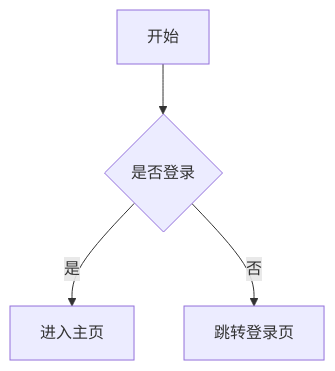
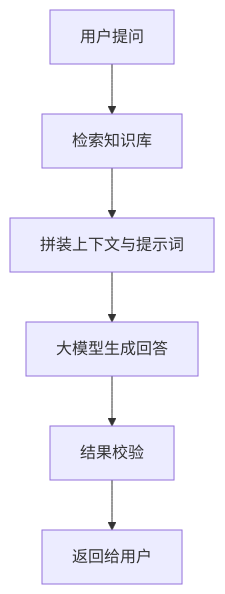
The first of 2 diagrams in 环境准备篇/06-其他实用工具.md (AlanAkillove/VibeAnything), drawn with Mermaid before and after one commit. The commit also changed other lines of this file and 4 other files, not shown here.

````diff
--- a/环境准备篇/06-其他实用工具.md
+++ b/环境准备篇/06-其他实用工具.md
@@ -81,6 +116,8 @@
 ```mermaid
 graph TD
-    A[开始] --> B{是否登录}
-    B -->|是| C[进入主页]
-    B -->|否| D[跳转登录页]
+    A[用户提问] --> B[检索知识库]
+    B --> C[拼装上下文与提示词]
+    C --> D[大模型生成回答]
+    D --> E[结果校验]
+    E --> F[返回给用户]
 ```
````
